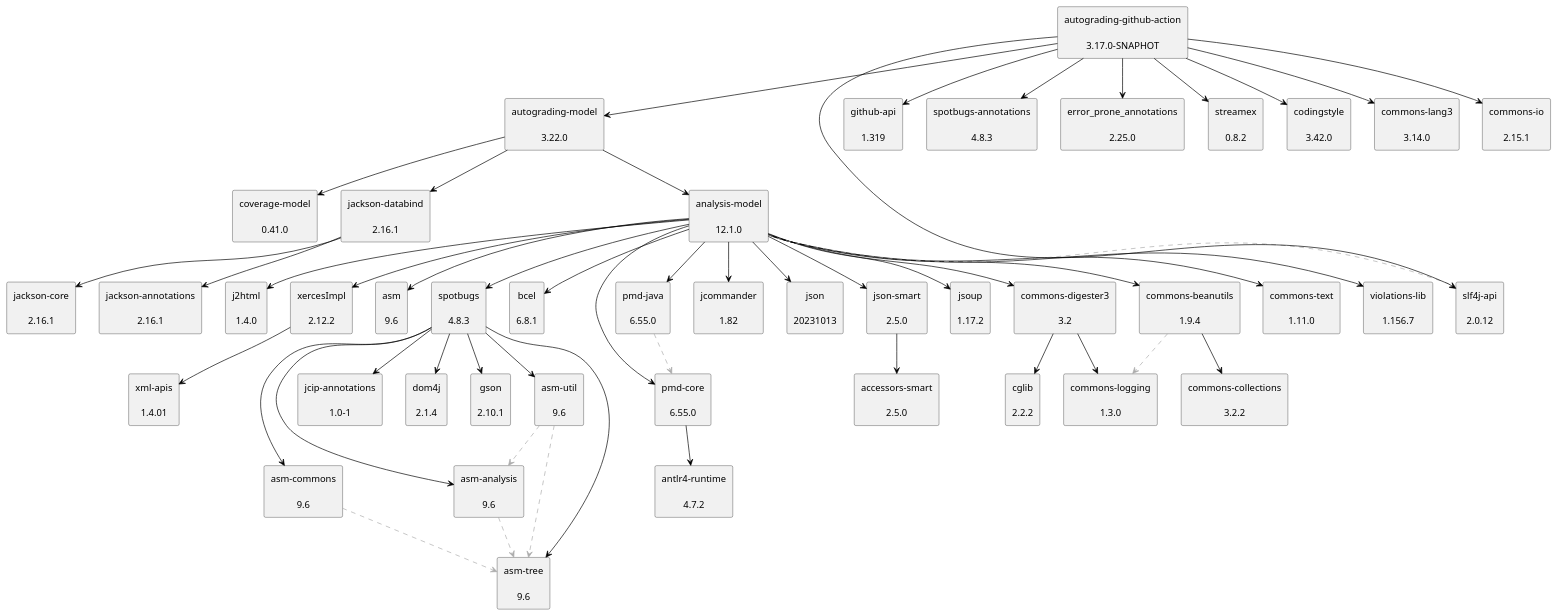
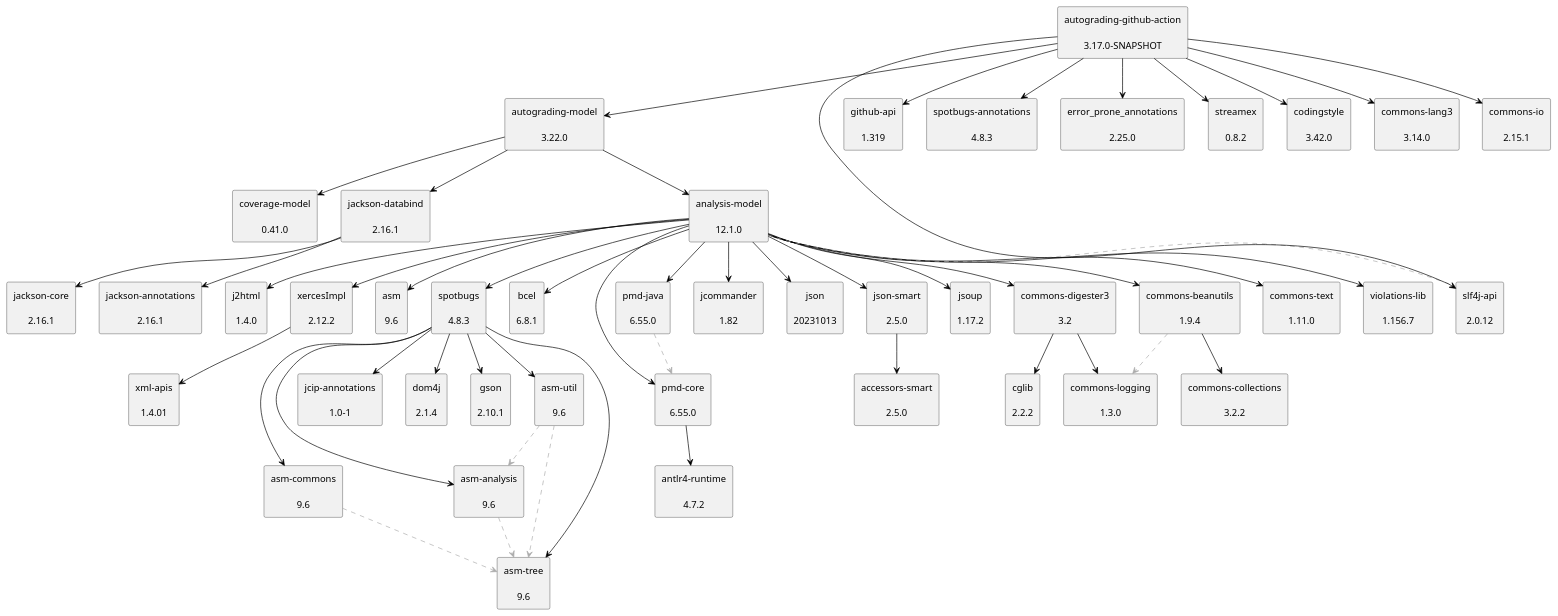
Before and after one commit to uhafner/autograding-github-action: the diagram in doc/dependency-graph.puml, drawn with PlantUML. The commit also changed 3 other files, not shown here.

```diff
--- a/doc/dependency-graph.puml
+++ b/doc/dependency-graph.puml
@@ -1,101 +1,101 @@
 @startuml
 skinparam defaultTextAlignment center
 skinparam rectangle {
   BackgroundColor<<optional>> beige
   BackgroundColor<<test>> lightGreen
   BackgroundColor<<runtime>> lightBlue
   BackgroundColor<<provided>> lightGray
 }
 rectangle "analysis-model\n\n12.1.0" as edu_hm_hafner_analysis_model_jar
 rectangle "jsoup\n\n1.17.2" as org_jsoup_jsoup_jar
 rectangle "commons-digester3\n\n3.2" as org_apache_commons_commons_digester3_jar
 rectangle "cglib\n\n2.2.2" as cglib_cglib_jar
 rectangle "commons-logging\n\n1.3.0" as commons_logging_commons_logging_jar
 rectangle "commons-beanutils\n\n1.9.4" as commons_beanutils_commons_beanutils_jar
 rectangle "commons-collections\n\n3.2.2" as commons_collections_commons_collections_jar
 rectangle "commons-text\n\n1.11.0" as org_apache_commons_commons_text_jar
 rectangle "violations-lib\n\n1.156.7" as se_bjurr_violations_violations_lib_jar
 rectangle "j2html\n\n1.4.0" as com_j2html_j2html_jar
 rectangle "xercesImpl\n\n2.12.2" as xerces_xercesImpl_jar
 rectangle "xml-apis\n\n1.4.01" as xml_apis_xml_apis_jar
 rectangle "asm\n\n9.6" as org_ow2_asm_asm_jar
 rectangle "asm-analysis\n\n9.6" as org_ow2_asm_asm_analysis_jar
 rectangle "asm-tree\n\n9.6" as org_ow2_asm_asm_tree_jar
 rectangle "spotbugs\n\n4.8.3" as com_github_spotbugs_spotbugs_jar
 rectangle "asm-commons\n\n9.6" as org_ow2_asm_asm_commons_jar
 rectangle "asm-util\n\n9.6" as org_ow2_asm_asm_util_jar
 rectangle "jcip-annotations\n\n1.0-1" as com_github_stephenc_jcip_jcip_annotations_jar
 rectangle "dom4j\n\n2.1.4" as org_dom4j_dom4j_jar
 rectangle "gson\n\n2.10.1" as com_google_code_gson_gson_jar
 rectangle "bcel\n\n6.8.1" as org_apache_bcel_bcel_jar
 rectangle "pmd-core\n\n6.55.0" as net_sourceforge_pmd_pmd_core_jar
 rectangle "antlr4-runtime\n\n4.7.2" as org_antlr_antlr4_runtime_jar
 rectangle "jcommander\n\n1.82" as com_beust_jcommander_jar
 rectangle "pmd-java\n\n6.55.0" as net_sourceforge_pmd_pmd_java_jar
 rectangle "json\n\n20231013" as org_json_json_jar
 rectangle "json-smart\n\n2.5.0" as net_minidev_json_smart_jar
 rectangle "accessors-smart\n\n2.5.0" as net_minidev_accessors_smart_jar
 rectangle "slf4j-api\n\n2.0.12" as org_slf4j_slf4j_api_jar
 rectangle "autograding-model\n\n3.22.0" as edu_hm_hafner_autograding_model_jar
 rectangle "coverage-model\n\n0.41.0" as edu_hm_hafner_coverage_model_jar
 rectangle "jackson-databind\n\n2.16.1" as com_fasterxml_jackson_core_jackson_databind_jar
 rectangle "jackson-annotations\n\n2.16.1" as com_fasterxml_jackson_core_jackson_annotations_jar
 rectangle "jackson-core\n\n2.16.1" as com_fasterxml_jackson_core_jackson_core_jar
-rectangle "autograding-github-action\n\n3.17.0-SNAPHOT" as edu_hm_hafner_autograding_github_action_jar
+rectangle "autograding-github-action\n\n3.17.0-SNAPSHOT" as edu_hm_hafner_autograding_github_action_jar
 rectangle "github-api\n\n1.319" as org_kohsuke_github_api_jar
 rectangle "spotbugs-annotations\n\n4.8.3" as com_github_spotbugs_spotbugs_annotations_jar
 rectangle "error_prone_annotations\n\n2.25.0" as com_google_errorprone_error_prone_annotations_jar
 rectangle "streamex\n\n0.8.2" as one_util_streamex_jar
 rectangle "codingstyle\n\n3.42.0" as edu_hm_hafner_codingstyle_jar
 rectangle "commons-lang3\n\n3.14.0" as org_apache_commons_commons_lang3_jar
 rectangle "commons-io\n\n2.15.1" as commons_io_commons_io_jar
 edu_hm_hafner_analysis_model_jar -[#000000]-> org_jsoup_jsoup_jar
 org_apache_commons_commons_digester3_jar -[#000000]-> cglib_cglib_jar
 org_apache_commons_commons_digester3_jar -[#000000]-> commons_logging_commons_logging_jar
 edu_hm_hafner_analysis_model_jar -[#000000]-> org_apache_commons_commons_digester3_jar
 commons_beanutils_commons_beanutils_jar .[#ABABAB].> commons_logging_commons_logging_jar
 commons_beanutils_commons_beanutils_jar -[#000000]-> commons_collections_commons_collections_jar
 edu_hm_hafner_analysis_model_jar -[#000000]-> commons_beanutils_commons_beanutils_jar
 edu_hm_hafner_analysis_model_jar -[#000000]-> org_apache_commons_commons_text_jar
 edu_hm_hafner_analysis_model_jar -[#000000]-> se_bjurr_violations_violations_lib_jar
 edu_hm_hafner_analysis_model_jar -[#000000]-> com_j2html_j2html_jar
 xerces_xercesImpl_jar -[#000000]-> xml_apis_xml_apis_jar
 edu_hm_hafner_analysis_model_jar -[#000000]-> xerces_xercesImpl_jar
 edu_hm_hafner_analysis_model_jar -[#000000]-> org_ow2_asm_asm_jar
 org_ow2_asm_asm_analysis_jar .[#ABABAB].> org_ow2_asm_asm_tree_jar
 com_github_spotbugs_spotbugs_jar -[#000000]-> org_ow2_asm_asm_analysis_jar
 org_ow2_asm_asm_commons_jar .[#ABABAB].> org_ow2_asm_asm_tree_jar
 com_github_spotbugs_spotbugs_jar -[#000000]-> org_ow2_asm_asm_commons_jar
 com_github_spotbugs_spotbugs_jar -[#000000]-> org_ow2_asm_asm_tree_jar
 org_ow2_asm_asm_util_jar .[#ABABAB].> org_ow2_asm_asm_tree_jar
 org_ow2_asm_asm_util_jar .[#ABABAB].> org_ow2_asm_asm_analysis_jar
 com_github_spotbugs_spotbugs_jar -[#000000]-> org_ow2_asm_asm_util_jar
 com_github_spotbugs_spotbugs_jar -[#000000]-> com_github_stephenc_jcip_jcip_annotations_jar
 com_github_spotbugs_spotbugs_jar -[#000000]-> org_dom4j_dom4j_jar
 com_github_spotbugs_spotbugs_jar -[#000000]-> com_google_code_gson_gson_jar
 edu_hm_hafner_analysis_model_jar -[#000000]-> com_github_spotbugs_spotbugs_jar
 edu_hm_hafner_analysis_model_jar -[#000000]-> org_apache_bcel_bcel_jar
 net_sourceforge_pmd_pmd_core_jar -[#000000]-> org_antlr_antlr4_runtime_jar
 edu_hm_hafner_analysis_model_jar -[#000000]-> net_sourceforge_pmd_pmd_core_jar
 edu_hm_hafner_analysis_model_jar -[#000000]-> com_beust_jcommander_jar
 net_sourceforge_pmd_pmd_java_jar .[#ABABAB].> net_sourceforge_pmd_pmd_core_jar
 edu_hm_hafner_analysis_model_jar -[#000000]-> net_sourceforge_pmd_pmd_java_jar
 edu_hm_hafner_analysis_model_jar -[#000000]-> org_json_json_jar
 net_minidev_json_smart_jar -[#000000]-> net_minidev_accessors_smart_jar
 edu_hm_hafner_analysis_model_jar -[#000000]-> net_minidev_json_smart_jar
 edu_hm_hafner_analysis_model_jar .[#ABABAB].> org_slf4j_slf4j_api_jar
 edu_hm_hafner_autograding_model_jar -[#000000]-> edu_hm_hafner_analysis_model_jar
 edu_hm_hafner_autograding_model_jar -[#000000]-> edu_hm_hafner_coverage_model_jar
 com_fasterxml_jackson_core_jackson_databind_jar -[#000000]-> com_fasterxml_jackson_core_jackson_annotations_jar
 com_fasterxml_jackson_core_jackson_databind_jar -[#000000]-> com_fasterxml_jackson_core_jackson_core_jar
 edu_hm_hafner_autograding_model_jar -[#000000]-> com_fasterxml_jackson_core_jackson_databind_jar
 edu_hm_hafner_autograding_github_action_jar -[#000000]-> edu_hm_hafner_autograding_model_jar
 edu_hm_hafner_autograding_github_action_jar -[#000000]-> org_kohsuke_github_api_jar
 edu_hm_hafner_autograding_github_action_jar -[#000000]-> org_slf4j_slf4j_api_jar
 edu_hm_hafner_autograding_github_action_jar -[#000000]-> com_github_spotbugs_spotbugs_annotations_jar
 edu_hm_hafner_autograding_github_action_jar -[#000000]-> com_google_errorprone_error_prone_annotations_jar
 edu_hm_hafner_autograding_github_action_jar -[#000000]-> one_util_streamex_jar
 edu_hm_hafner_autograding_github_action_jar -[#000000]-> edu_hm_hafner_codingstyle_jar
 edu_hm_hafner_autograding_github_action_jar -[#000000]-> org_apache_commons_commons_lang3_jar
 edu_hm_hafner_autograding_github_action_jar -[#000000]-> commons_io_commons_io_jar
 @enduml
```
